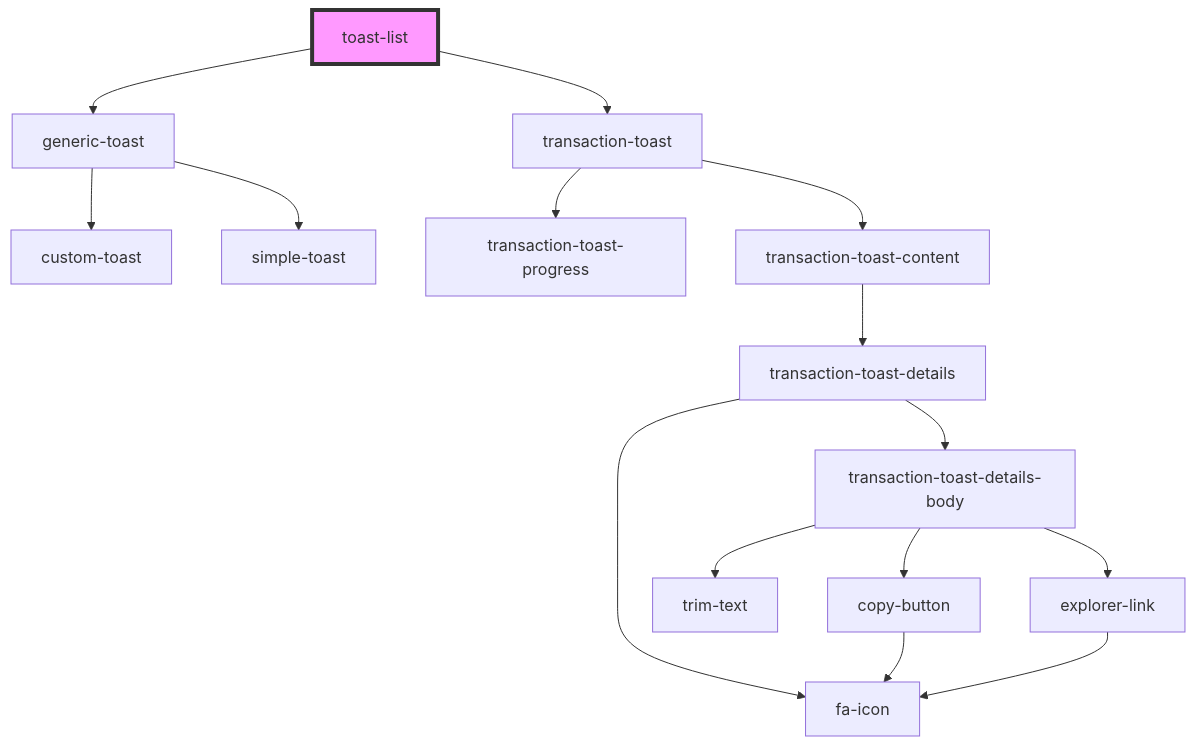
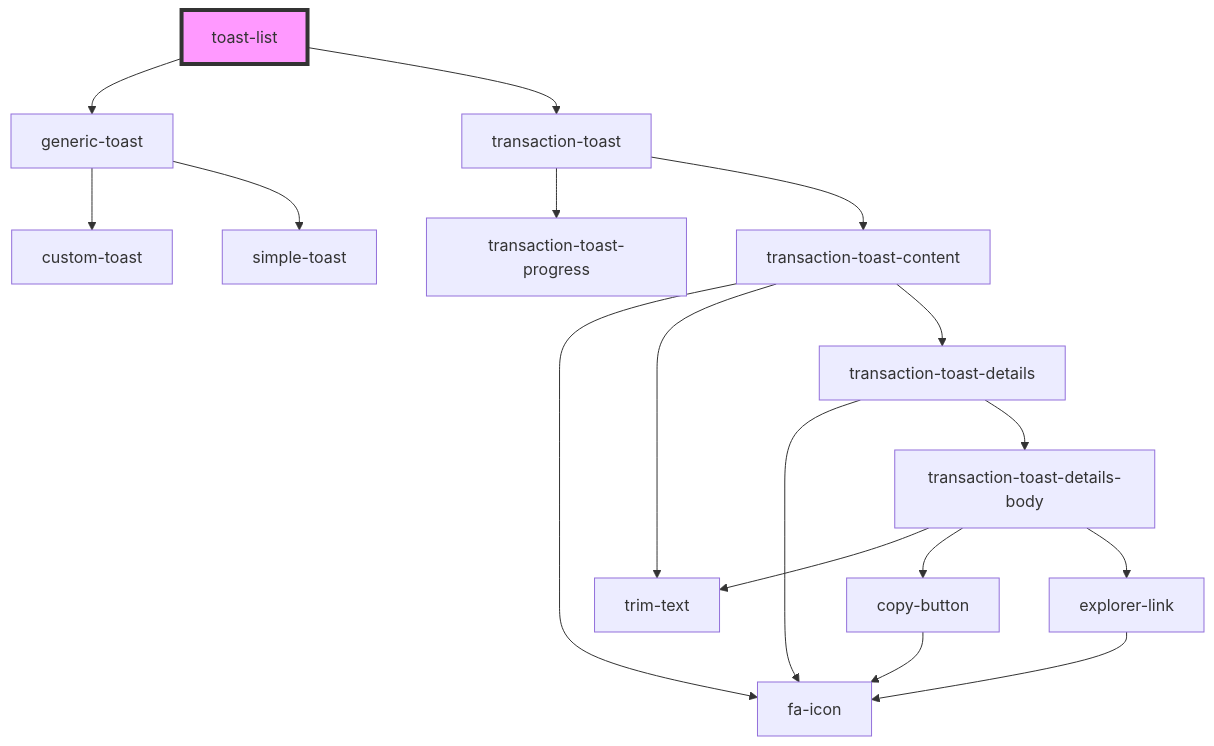
Before and after one commit to multiversx/mx-sdk-dapp-ui: the diagram in src/components/functional/toasts-list/readme.md, drawn with Mermaid. The commit also changed 29 other files, not shown here.

````diff
--- a/src/components/functional/toasts-list/readme.md
+++ b/src/components/functional/toasts-list/readme.md
@@ -35,18 +35,20 @@
 ```mermaid
 graph TD;
   toast-list --> generic-toast
   toast-list --> transaction-toast
   generic-toast --> custom-toast
   generic-toast --> simple-toast
   transaction-toast --> transaction-toast-progress
   transaction-toast --> transaction-toast-content
+  transaction-toast-content --> fa-icon
+  transaction-toast-content --> trim-text
   transaction-toast-content --> transaction-toast-details
   transaction-toast-details --> fa-icon
   transaction-toast-details --> transaction-toast-details-body
   transaction-toast-details-body --> trim-text
   transaction-toast-details-body --> copy-button
   transaction-toast-details-body --> explorer-link
   copy-button --> fa-icon
   explorer-link --> fa-icon
   style toast-list fill:#f9f,stroke:#333,stroke-width:4px
 ```
````
